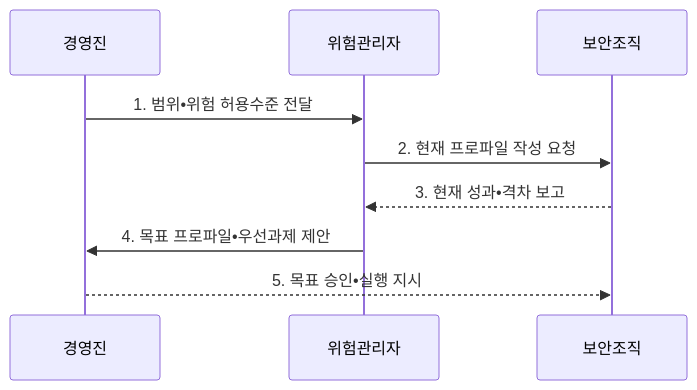
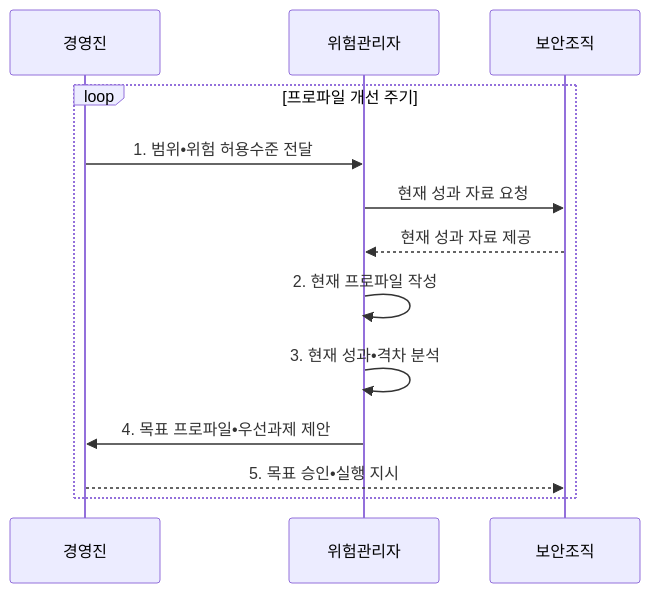
Before and after one commit to agnusdei1207/knowledge-base: the second of 2 diagrams in src/content/docs/notes/07-law-policy/037_nist_csf_2_0.md, drawn with Mermaid. The commit also changed other lines of this file and 20 other files, not shown here.

````diff
--- a/src/content/docs/notes/07-law-policy/037_nist_csf_2_0.md
+++ b/src/content/docs/notes/07-law-policy/037_nist_csf_2_0.md
@@ -105,11 +105,15 @@
 ```mermaid
 sequenceDiagram
     participant G as 경영진
     participant R as 위험관리자
     participant O as 보안조직
-    G->>R: 1. 범위•위험 허용수준 전달
-    R->>O: 2. 현재 프로파일 작성 요청
-    O-->>R: 3. 현재 성과•격차 보고
-    R->>G: 4. 목표 프로파일•우선과제 제안
-    G-->>O: 5. 목표 승인•실행 지시
+    loop 프로파일 개선 주기
+        G->>R: 1. 범위•위험 허용수준 전달
+        R->>O: 현재 성과 자료 요청
+        O-->>R: 현재 성과 자료 제공
+        R->>R: 2. 현재 프로파일 작성
+        R->>R: 3. 현재 성과•격차 분석
+        R->>G: 4. 목표 프로파일•우선과제 제안
+        G-->>O: 5. 목표 승인•실행 지시
+    end
 ```
````
